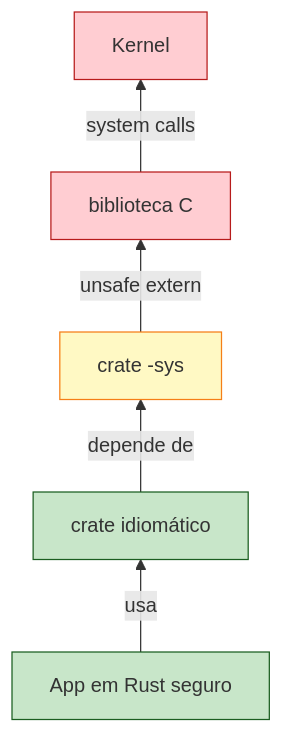
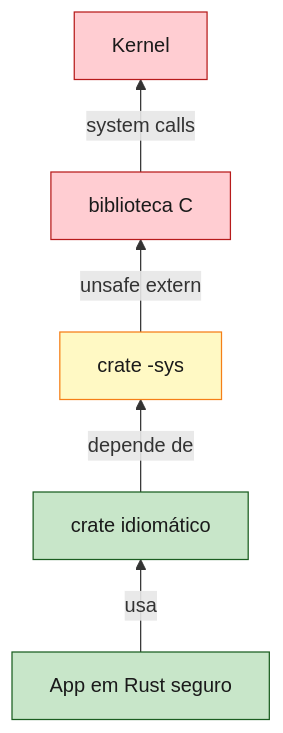
One commit to Felipeness/ferro-e-espirito changed the third of 3 diagrams in book/part-13-unsafe-and-ffi/ch37-ffi.md. Above: the diagram before and after it, drawn with Mermaid. The commit also changed other lines of this file and 56 other files, not shown here.

First line of the commit message:
fix: contraste de texto em diagramas mermaid

````diff
--- a/book/part-13-unsafe-and-ffi/ch37-ffi.md
+++ b/book/part-13-unsafe-and-ffi/ch37-ffi.md
@@ -435,13 +435,13 @@
 ```mermaid
 graph BT
     A[App em Rust seguro] -->|"usa"| B[crate idiomático]
     B -->|"depende de"| C[crate -sys]
     C -->|"unsafe extern"| D[biblioteca C]
     D -->|"system calls"| E[Kernel]
 
-    style A fill:#c8e6c9,stroke:#1b5e20
-    style B fill:#c8e6c9,stroke:#1b5e20
-    style C fill:#fff9c4,stroke:#f57f17
-    style D fill:#ffcdd2,stroke:#b71c1c
-    style E fill:#ffcdd2,stroke:#b71c1c
+    style A fill:#c8e6c9,stroke:#1b5e20,color:#1a1a1a
+    style B fill:#c8e6c9,stroke:#1b5e20,color:#1a1a1a
+    style C fill:#fff9c4,stroke:#f57f17,color:#1a1a1a
+    style D fill:#ffcdd2,stroke:#b71c1c,color:#1a1a1a
+    style E fill:#ffcdd2,stroke:#b71c1c,color:#1a1a1a
 ```
````
